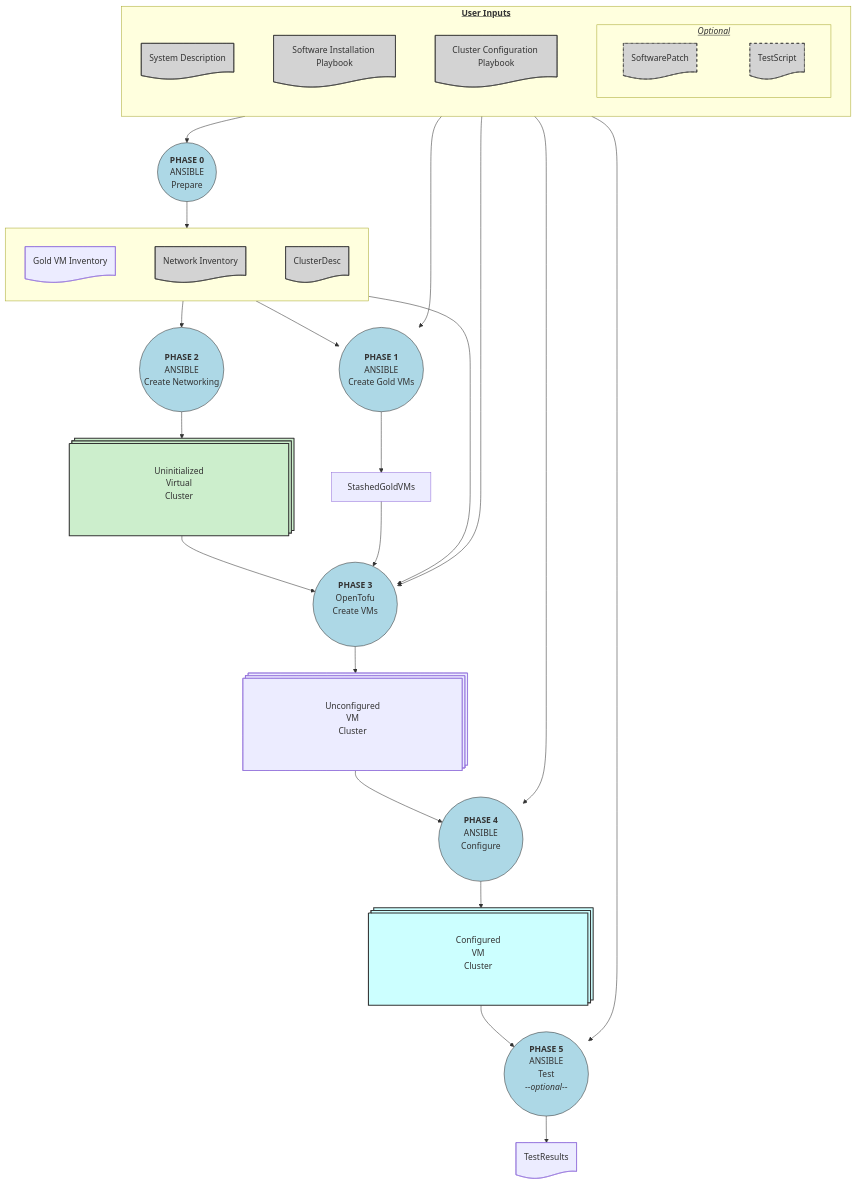
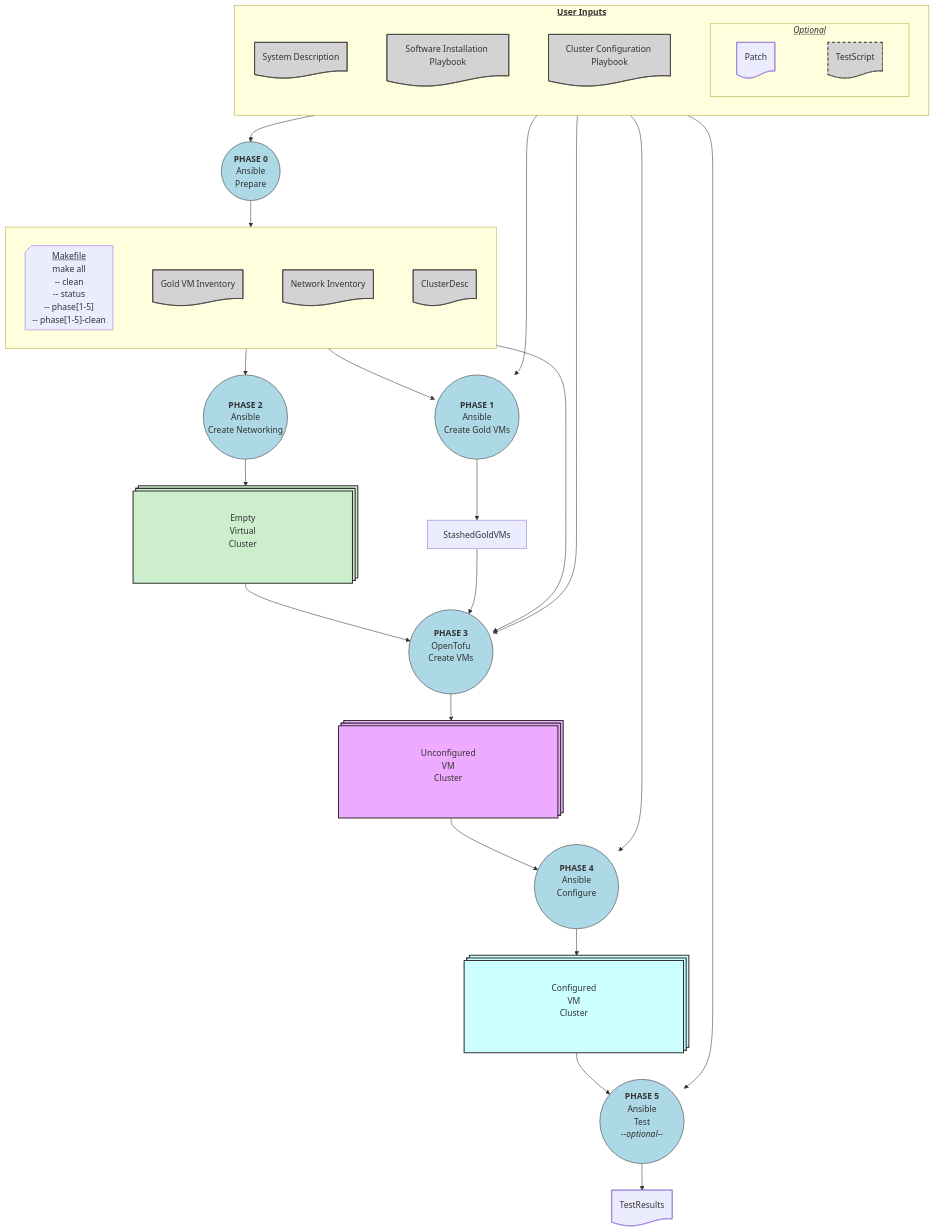
One commit to mar-file-system/TESSI changed the diagram in doc/images/tassi_phases.mmd. Above: the diagram before and after it, drawn with Mermaid. The commit also changed other lines of this file and 90 other files, not shown here.

Commit message:
final changes to the phases diagram

```diff
--- a/doc/images/tassi_phases.mmd
+++ b/doc/images/tassi_phases.mmd
@@ -1,87 +1,91 @@
 flowchart TD
   subgraph Inputs["<b><u>User Inputs</u><b>"]
     direction LR
     SystemDescription@{ shape: doc, label: "System Description" }
     %%SystemDescription["System Description"]
     SoftwareInstallation@{ shape: doc, label: "Software Installation Playbook"}
     ClusterConfiguration@{ shape: doc, label: "Cluster Configuration Playbook"}
 
     subgraph Options["<i><u>Optional</u></i>"]
       direction LR
-      SoftwarePatch@{ shape: doc, label:"Software Patch"}
-      TestScript@{ shape: doc, label:" Test Script"}
+      TestScript@{ shape: doc, label:" Test Playbook"}
+      Patch@{ shape: doc, label:" Software Patch"}
     end
 
-    SystemDescription ~~~ SoftwareInstallation ~~~ ClusterConfiguration ~~~ SoftwarePatch ~~~ TestScript
+    SystemDescription ~~~ SoftwareInstallation ~~~ ClusterConfiguration ~~~ Patch ~~~ TestScript
   end
 
   %% PHASES DEFINED HERE
-  AnsiblePrepare(("<br><b>PHASE 0</b><br>ANSIBLE<br>Prepare<br>&emsp;&emsp;&emsp;&emsp;&emsp;&emsp;"))
-  AnsibleGold(("<br><b>PHASE 1</b><br>ANSIBLE<br>Create Gold VMs<br>&emsp;&emsp;&emsp;&emsp;&emsp;&emsp;&emsp;&emsp;&emsp;"))
-  AnsibleNetwork(("<br><b>PHASE 2</b><br>ANSIBLE<br>Create Networking<br>&emsp;&emsp;&emsp;&emsp;&emsp;&emsp;&emsp;&emsp;&emsp;"))
-  AnsibleConfigure(("<b>PHASE 4</b><br>ANSIBLE<br>Configure<br>&emsp;&emsp;&emsp;&emsp;&emsp;&emsp;&emsp;&emsp;&emsp;"))
-  AnsibleTest(("<b>PHASE 5</b><br>ANSIBLE<br>Test<br>--<i>optional</i>--<br>&emsp;&emsp;&emsp;&emsp;&emsp;&emsp;&emsp;&emsp;&emsp;"))
+  AnsiblePrepare(("<br><b>PHASE 0</b><br>Ansible<br>Prepare<br>&emsp;&emsp;&emsp;&emsp;&emsp;&emsp;"))
+  AnsibleGold(("<br><b>PHASE 1</b><br>Ansible<br>Create Gold VMs<br>&emsp;&emsp;&emsp;&emsp;&emsp;&emsp;&emsp;&emsp;&emsp;"))
+  AnsibleNetwork(("<br><b>PHASE 2</b><br>Ansible<br>Create Networking<br>&emsp;&emsp;&emsp;&emsp;&emsp;&emsp;&emsp;&emsp;&emsp;"))
+  AnsibleConfigure(("<b>PHASE 4</b><br>Ansible<br>Configure<br>&emsp;&emsp;&emsp;&emsp;&emsp;&emsp;&emsp;&emsp;&emsp;"))
+  AnsibleTest(("<b>PHASE 5</b><br>Ansible<br>Test<br>--<i>optional</i>--<br>&emsp;&emsp;&emsp;&emsp;&emsp;&emsp;&emsp;&emsp;&emsp;"))
   style AnsiblePrepare fill:#ADD8E6,stroke:#333,stroke-width:1px
   style TofuCreateVMs fill:#ADD8E6,stroke:#333,stroke-width:1px
   style AnsibleConfigure fill:#ADD8E6,stroke:#333,stroke-width:1px
   style AnsibleGold fill:#ADD8E6,stroke:#333,stroke-width:1px
   style AnsibleNetwork fill:#ADD8E6,stroke:#333,stroke-width:1px
   style AnsibleTest fill:#ADD8E6,stroke:#333,stroke-width:1px
   
   %%SystemDescription --> AnsiblePrepare
   Inputs --> AnsiblePrepare
 
   subgraph Outputs[" "]
     direction LR
+    Makefile@{shape: card, label: "<u>Makefile</u>\nmake all\n-- clean\n-- status\n-- phase[1-5]\n-- phase[1-5]-clean"}
     GoldVMInventory@{ shape: doc, label: "Gold VM Inventory"}
     NetworkInventory@{ shape: doc, label: "Network Inventory"}
     ClusterDesc@{ shape: doc, label:"Cluster Description"}
-    GoldVMInventory ~~~ NetworkInventory ~~~ ClusterDesc
+    Makefile ~~~ GoldVMInventory ~~~ NetworkInventory ~~~ ClusterDesc
   end
 
   AnsiblePrepare --> Outputs
 
   %% AnsibleGold ~~~ AnsibleNetwork
 
   %% GoldVMInventory --> AnsibleGold
   %% NetworkInventory --> AnsibleNetwork
 
   Outputs --> AnsibleGold
   Outputs --> AnsibleNetwork
 
-  VirtualCluster@{ shape: processes, label: "<br>Uninitialized<br>Virtual<br>Cluster<br><br>&emsp;&emsp;&emsp;&emsp;&emsp;&emsp;&emsp;&emsp;&emsp;&emsp;&emsp;&emsp;&emsp;&emsp;&emsp;&emsp;&emsp;&emsp;&emsp;&emsp;&emsp;&emsp;&emsp;&emsp;"}
+  VirtualCluster@{ shape: processes, label: "<br>Empty<br>Virtual<br>Cluster<br><br>&emsp;&emsp;&emsp;&emsp;&emsp;&emsp;&emsp;&emsp;&emsp;&emsp;&emsp;&emsp;&emsp;&emsp;&emsp;&emsp;&emsp;&emsp;&emsp;&emsp;&emsp;&emsp;&emsp;&emsp;"}
 
   AnsibleGold --> StashedGoldVMs
   AnsibleNetwork --> VirtualCluster
 
   %%TofuCreateVMs{{"OpenTofu<br>Create VMs"}}
   TofuCreateVMs(("<br><b>PHASE 3</b><br>OpenTofu<br>Create VMs<br><br>&emsp;&emsp;&emsp;&emsp;&emsp;&emsp;&emsp;&emsp;&emsp;"))
   Outputs --> TofuCreateVMs
   VirtualCluster --> TofuCreateVMs
   Inputs --> TofuCreateVMs
   Inputs --> AnsibleGold
 
   VMCluster@{ shape: processes, label: "<br>Unconfigured<br>VM<br>Cluster<br><br>&emsp;&emsp;&emsp;&emsp;&emsp;&emsp;&emsp;&emsp;&emsp;&emsp;&emsp;&emsp;&emsp;&emsp;&emsp;&emsp;&emsp;&emsp;&emsp;&emsp;&emsp;&emsp;&emsp;&emsp;"}
 
   StashedGoldVMs --> TofuCreateVMs
   TofuCreateVMs --> VMCluster
   
 
   Inputs --> AnsibleConfigure
   VMCluster --> AnsibleConfigure --> ConfiguredCluster
 
   ConfiguredCluster@{ shape: processes, label: "<br>Configured<br>VM<br>Cluster<br><br>&emsp;&emsp;&emsp;&emsp;&emsp;&emsp;&emsp;&emsp;&emsp;&emsp;&emsp;&emsp;&emsp;&emsp;&emsp;&emsp;&emsp;&emsp;&emsp;&emsp;&emsp;&emsp;&emsp;&emsp;"}
 
   TestResults@{ shape: doc, label: "TestResults"}
   ConfiguredCluster --> AnsibleTest --> TestResults
   Inputs --> AnsibleTest
 
-  style ConfiguredCluster fill:#CCFFFF,stroke:#333,stroke-width:2px
-  style VirtualCluster fill:#CCEECC,stroke:#333,stroke-width:2px
+  %% Files
   style NetworkInventory fill:#D3D3D3,stroke:#333,stroke-width:1px
+  style GoldVMInventory fill:#D3D3D3,stroke:#333,stroke-width:1px
   style ClusterDesc fill:#D3D3D3,stroke:#333,stroke-width:1px
   style SystemDescription fill:#D3D3D3,stroke:#333,stroke-width:1px
   style SoftwareInstallation fill:#D3D3D3,stroke:#333,stroke-width:1px
   style ClusterConfiguration fill:#D3D3D3,stroke:#333,stroke-width:1px
-  style SoftwarePatch fill:#D3D3D3,stroke:#333,stroke-width:1px,stroke-dasharray: 5 5
   style TestScript fill:#D3D3D3,stroke:#333,stroke-width:1px,stroke-dasharray: 5 5
+
+  style VMCluster fill:#EEAAFF,stroke:#333,stroke-width:2px
+  style ConfiguredCluster fill:#CCFFFF,stroke:#333,stroke-width:2px
+  style VirtualCluster fill:#CCEECC,stroke:#333,stroke-width:2px
```
